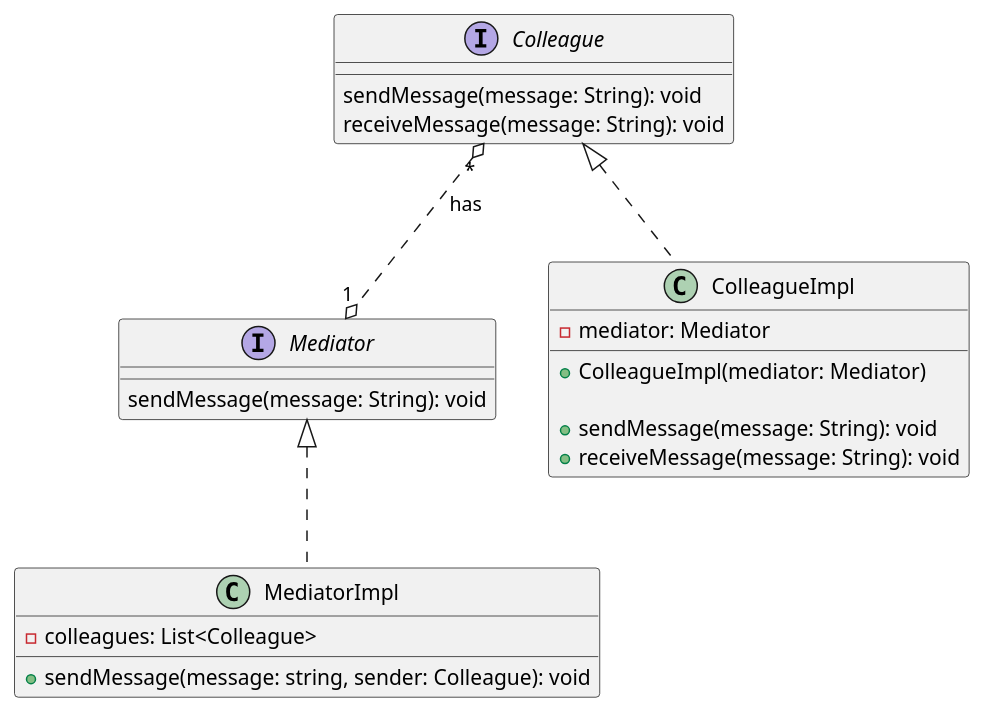
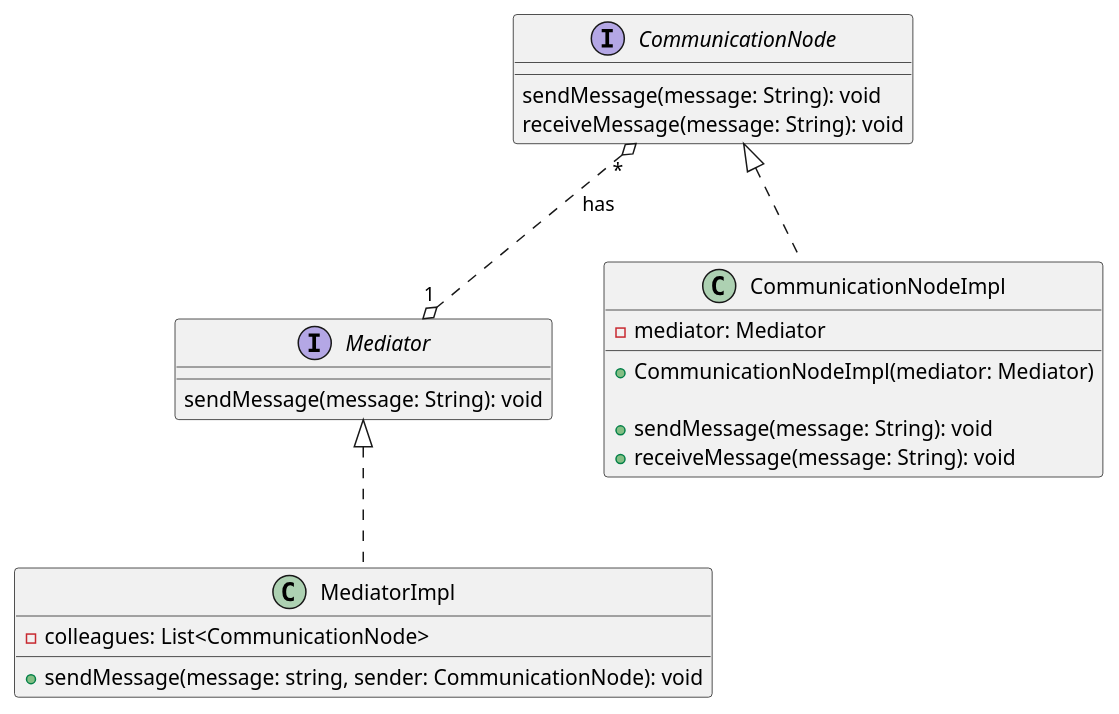
The diagram in mediator/src/MediatorPatternClasssDiagramTemplate.puml (SanthoshGugan/design-patterns), drawn with PlantUML before and after one commit.

Commit message:
Mediator: PR comment

```diff
--- a/mediator/src/MediatorPatternClasssDiagramTemplate.puml
+++ b/mediator/src/MediatorPatternClasssDiagramTemplate.puml
@@ -1,30 +1,30 @@
 @startuml
 'https://plantuml.com/class-diagram
 
 interface Mediator {
     sendMessage(message: String): void
 }
 
 class MediatorImpl implements Mediator{
-    - colleagues: List<Colleague>
+    - colleagues: List<CommunicationNode>
 
-    + sendMessage(message: string, sender: Colleague): void
+    + sendMessage(message: string, sender: CommunicationNode): void
 }
 
-interface Colleague {
+interface CommunicationNode {
     sendMessage(message: String): void
     receiveMessage(message: String): void
 }
 
-class ColleagueImpl implements Colleague {
+class CommunicationNodeImpl implements CommunicationNode {
     - mediator: Mediator
 
-    + ColleagueImpl(mediator: Mediator)
+    + CommunicationNodeImpl(mediator: Mediator)
 
     + sendMessage(message: String): void
     + receiveMessage(message: String): void
 }
 
-Colleague "*" o..o "1" Mediator: has
+CommunicationNode "*" o..o "1" Mediator: has
 
 @enduml
```
